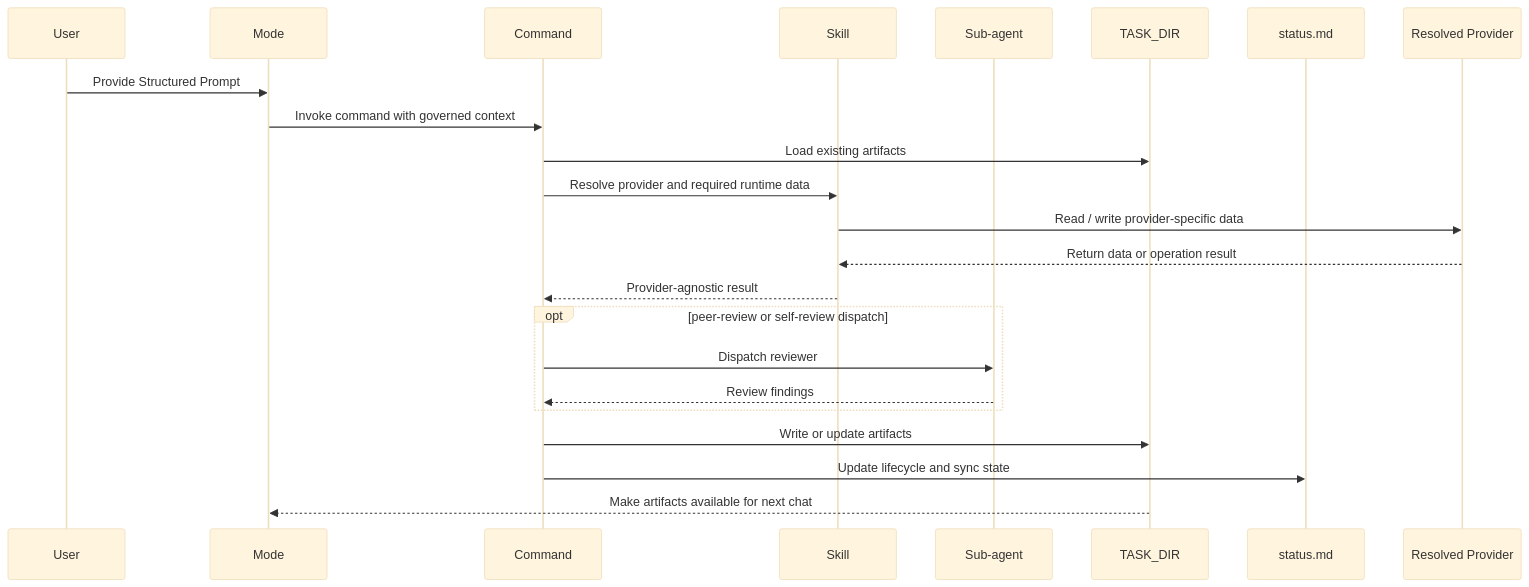
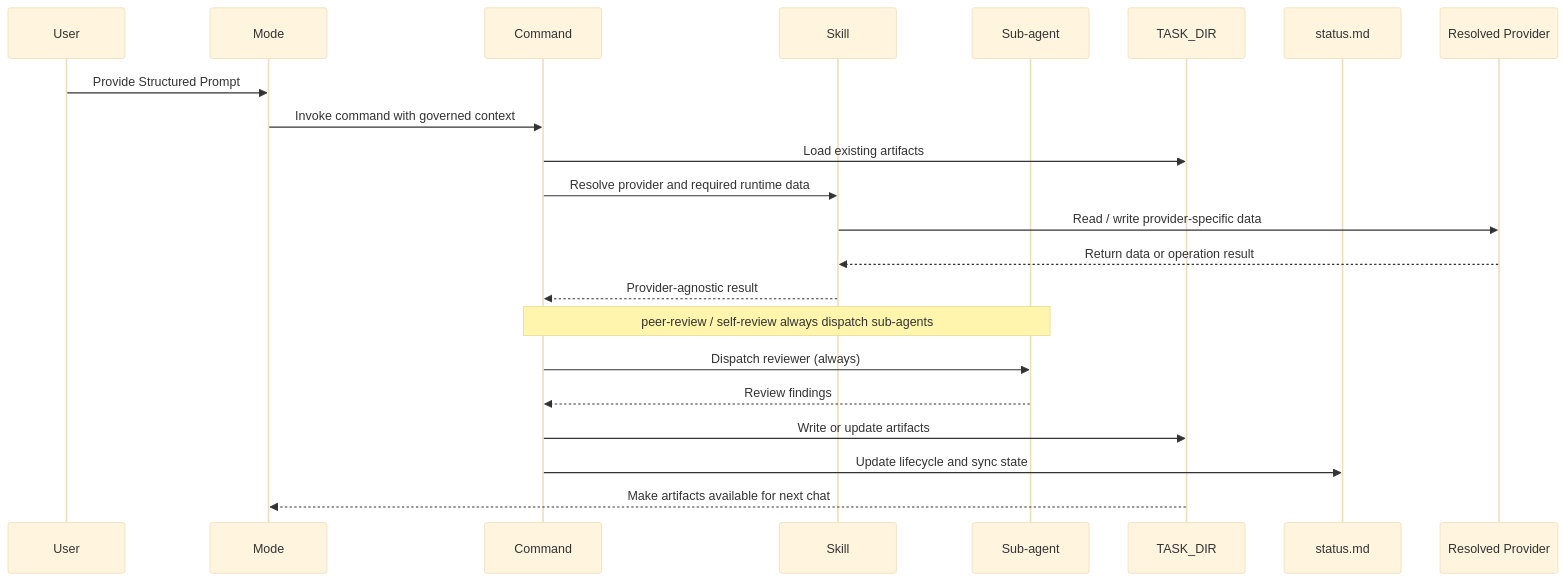
The third of 4 diagrams in docs/ARCHITECTURE.md (reeceGuerra/aias), drawn with Mermaid (base theme) before and after one commit. The commit also changed other lines of this file and 7 other files, not shown here.

First line of the commit message:
[AI DOCS]: unconditional sub-agent dispatch for peer-review / self-review

````diff
--- a/docs/ARCHITECTURE.md
+++ b/docs/ARCHITECTURE.md
@@ -294,26 +294,25 @@
 ```mermaid
 sequenceDiagram
     participant User
     participant Mode
     participant Command
     participant Skill
     participant SubAgent as Sub-agent
     participant TaskDir as TASK_DIR
     participant Status as status.md
     participant Provider as Resolved Provider
 
     User->>Mode: Provide Structured Prompt
     Mode->>Command: Invoke command with governed context
     Command->>TaskDir: Load existing artifacts
     Command->>Skill: Resolve provider and required runtime data
     Skill->>Provider: Read / write provider-specific data
     Provider-->>Skill: Return data or operation result
     Skill-->>Command: Provider-agnostic result
-    opt peer-review or self-review dispatch
-        Command->>SubAgent: Dispatch reviewer
-        SubAgent-->>Command: Review findings
-    end
+    Note over Command,SubAgent: peer-review / self-review always dispatch sub-agents
+    Command->>SubAgent: Dispatch reviewer (always)
+    SubAgent-->>Command: Review findings
     Command->>TaskDir: Write or update artifacts
     Command->>Status: Update lifecycle and sync state
     TaskDir-->>Mode: Make artifacts available for next chat
 ```
````
